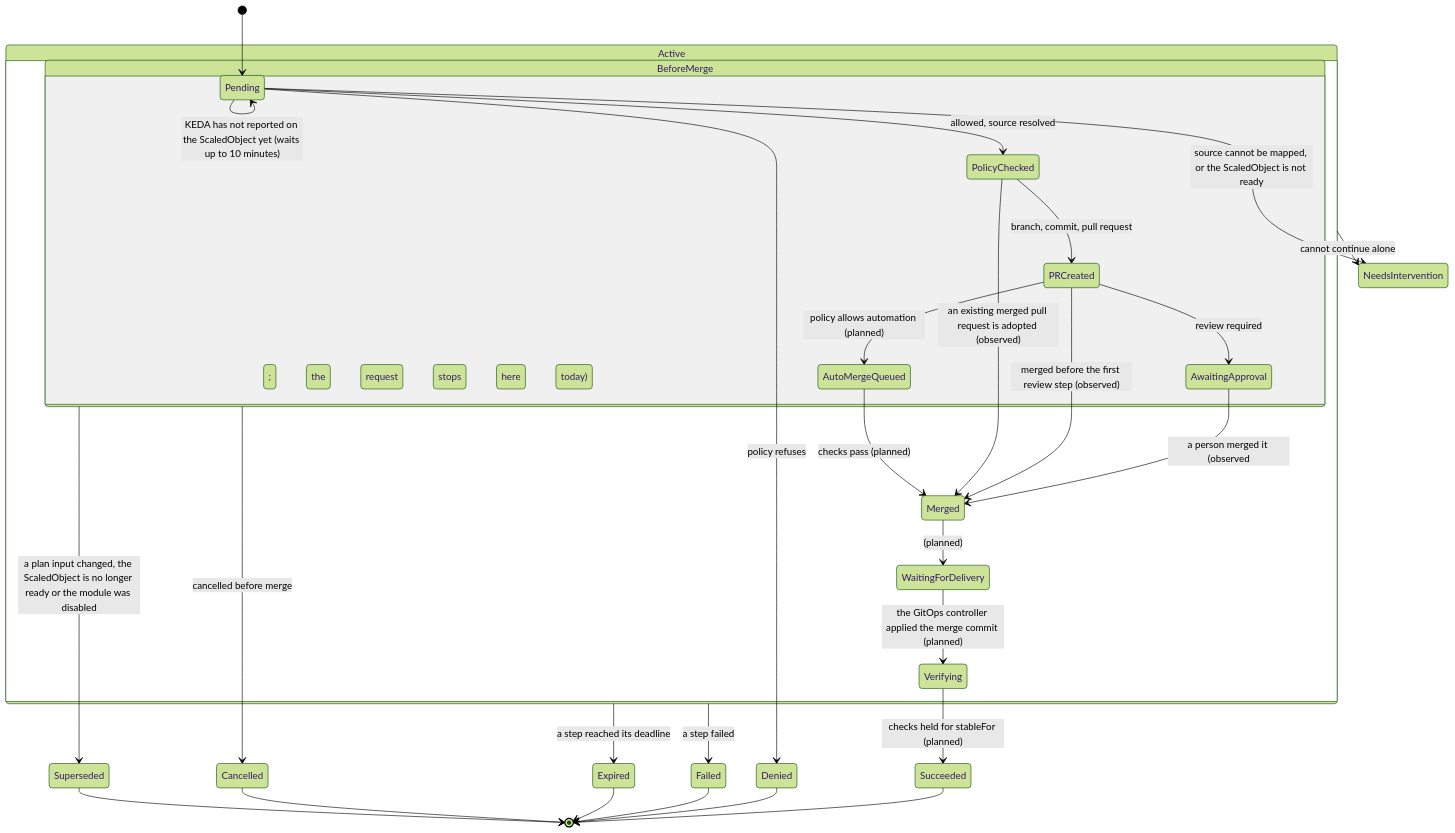
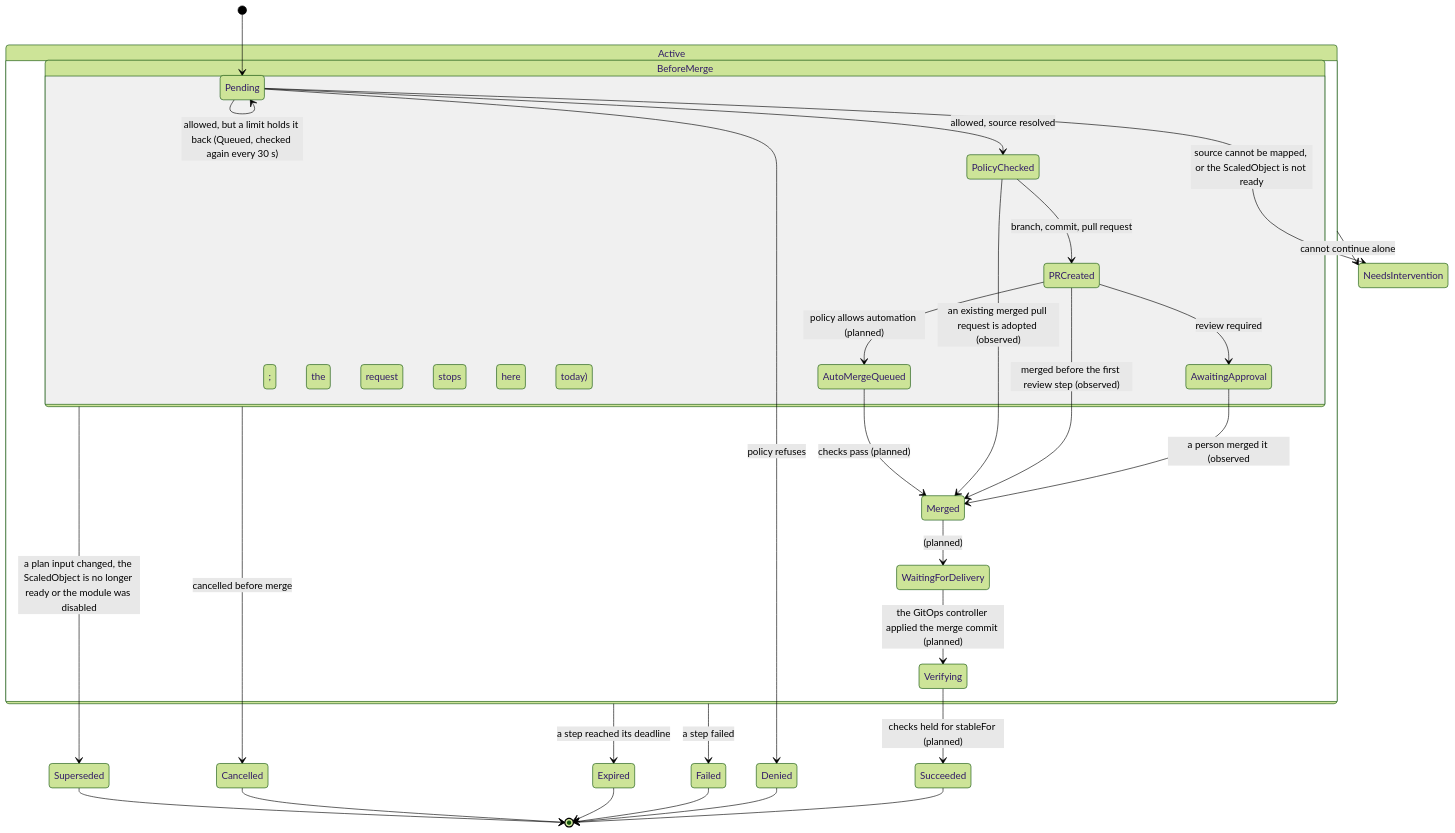
Before and after one commit to pkalin/shadewright: the third of 5 diagrams in docs/design.md, drawn with Mermaid (forest theme). The commit also changed other lines of this file and 21 other files, not shown here.

````diff
--- a/docs/design.md
+++ b/docs/design.md
@@ -509,33 +509,34 @@
 ```mermaid
 stateDiagram-v2
     [*] --> Pending
     state Active {
         state BeforeMerge {
             Pending --> PolicyChecked: allowed, source resolved
             PolicyChecked --> PRCreated: branch, commit, pull request
             PRCreated --> AwaitingApproval: review required
             PRCreated --> AutoMergeQueued: policy allows automation (planned)
             AwaitingApproval --> Merged: a person merged it (observed; the request stops here today)
             PRCreated --> Merged: merged before the first review step (observed)
             PolicyChecked --> Merged: an existing merged pull request is adopted (observed)
             AutoMergeQueued --> Merged: checks pass (planned)
         }
         Merged --> WaitingForDelivery: (planned)
         WaitingForDelivery --> Verifying: the GitOps controller applied the merge commit (planned)
     }
     Pending --> Denied: policy refuses
     Pending --> NeedsIntervention: source cannot be mapped, or the ScaledObject is not ready
     Pending --> Pending: KEDA has not reported on the ScaledObject yet (waits up to 10 minutes)
+    Pending --> Pending: allowed, but a limit holds it back (Queued, checked again every 30 s)
     Verifying --> Succeeded: checks held for stableFor (planned)
     BeforeMerge --> Cancelled: cancelled before merge
     BeforeMerge --> Superseded: a plan input changed, the ScaledObject is no longer ready or the module was disabled
     Active --> Expired: a step reached its deadline
     Active --> Failed: a step failed
     Active --> NeedsIntervention: cannot continue alone
     Succeeded --> [*]
     Denied --> [*]
     Failed --> [*]
     Expired --> [*]
     Cancelled --> [*]
     Superseded --> [*]
 ```
````
